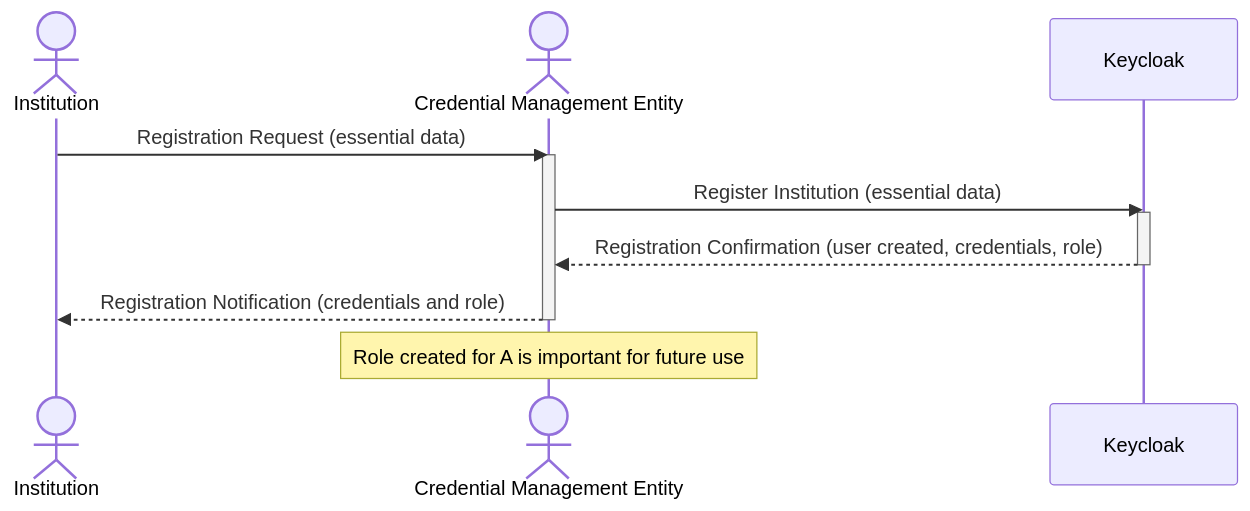
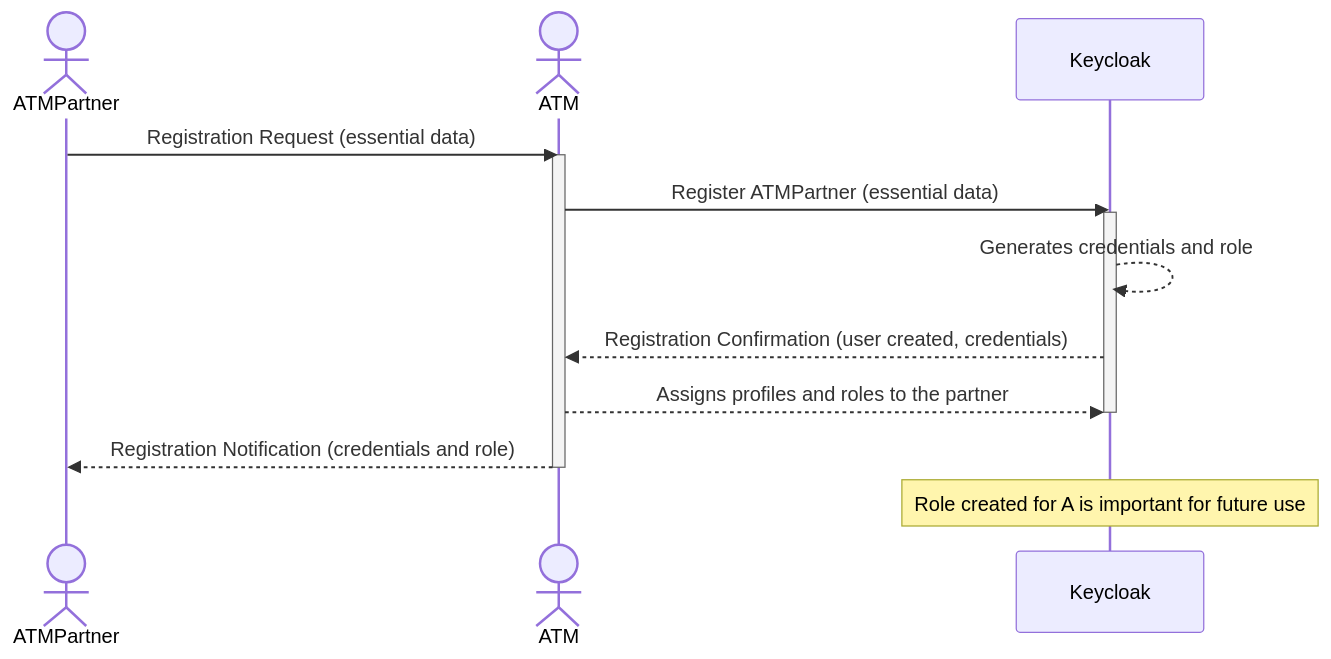
One commit to marcelomrwin/atm-demo changed the first of 2 diagrams in README.md. Above: the diagram before and after it, drawn with Mermaid. The commit also changed other lines of this file, not shown here.

````diff
--- a/README.md
+++ b/README.md
@@ -31,17 +31,19 @@
 ```mermaid
 sequenceDiagram
-    actor A as Institution
-    actor B as Credential Management Entity
+    actor A as ATMPartner
+    actor B as ATM
 
     A->>B: Registration Request (essential data)
     activate B
-    B->>Keycloak: Register Institution (essential data)
+    B->>Keycloak: Register ATMPartner (essential data)
     activate Keycloak
-    Keycloak-->>B: Registration Confirmation (user created, credentials, role)
+    Keycloak-->>Keycloak: Generates credentials and role
+    Keycloak-->>B: Registration Confirmation (user created, credentials)
+    B-->>Keycloak: Assigns profiles and roles to the partner
     deactivate Keycloak
 
     B-->>A: Registration Notification (credentials and role)
     deactivate B
 
-    Note over B: Role created for A is important for future use
+    Note over Keycloak: Role created for A is important for future use
 ```
````
